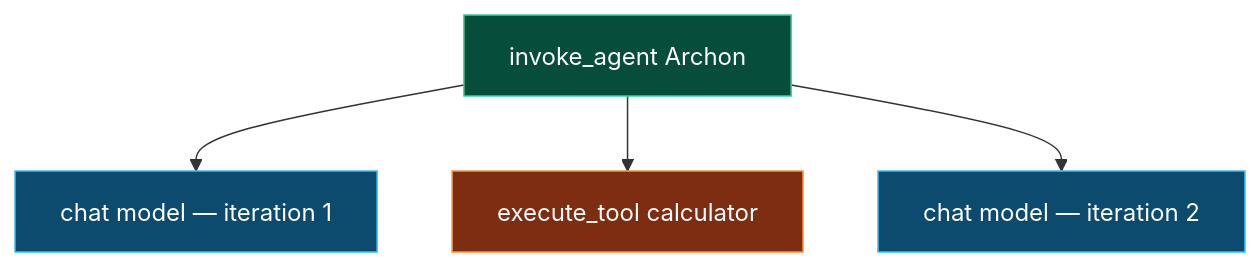
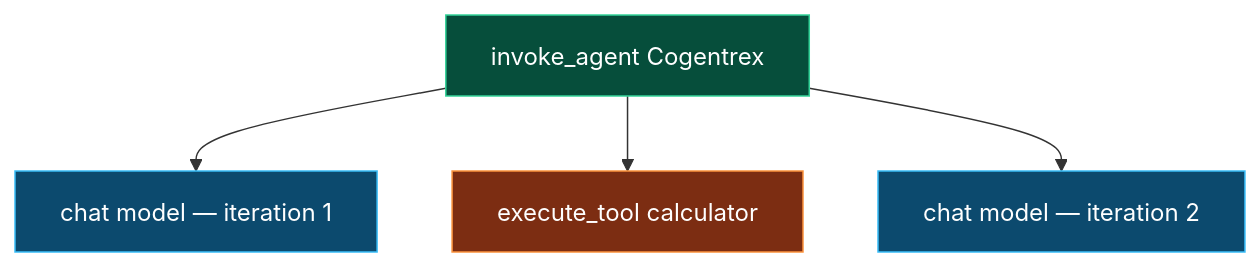
Before and after one commit to levalencia/archon: the sixth of 9 diagrams in .hermes/plans/2026-09-07_145149-vendor-neutral-otel-destination-switching.md, drawn with Mermaid. The commit also changed other lines of this file and 414 other files, not shown here.

First line of the commit message:
feat: rebrand Archon as Cogentrex

````diff
--- a/.hermes/plans/2026-09-07_145149-vendor-neutral-otel-destination-switching.md
+++ b/.hermes/plans/2026-09-07_145149-vendor-neutral-otel-destination-switching.md
@@ -501,16 +501,16 @@
 ```mermaid
 flowchart TB
-    R[invoke_agent Archon]
+    R[invoke_agent Cogentrex]
     M1[chat model — iteration 1]
     T1[execute_tool calculator]
     M2[chat model — iteration 2]
 
     R --> M1
     R --> T1
     R --> M2
 
     style R fill:#064e3b,stroke:#34d399,color:#fff
     style M1 fill:#0c4a6e,stroke:#38bdf8,color:#fff
     style M2 fill:#0c4a6e,stroke:#38bdf8,color:#fff
     style T1 fill:#7c2d12,stroke:#fb923c,color:#fff
 ```
````
